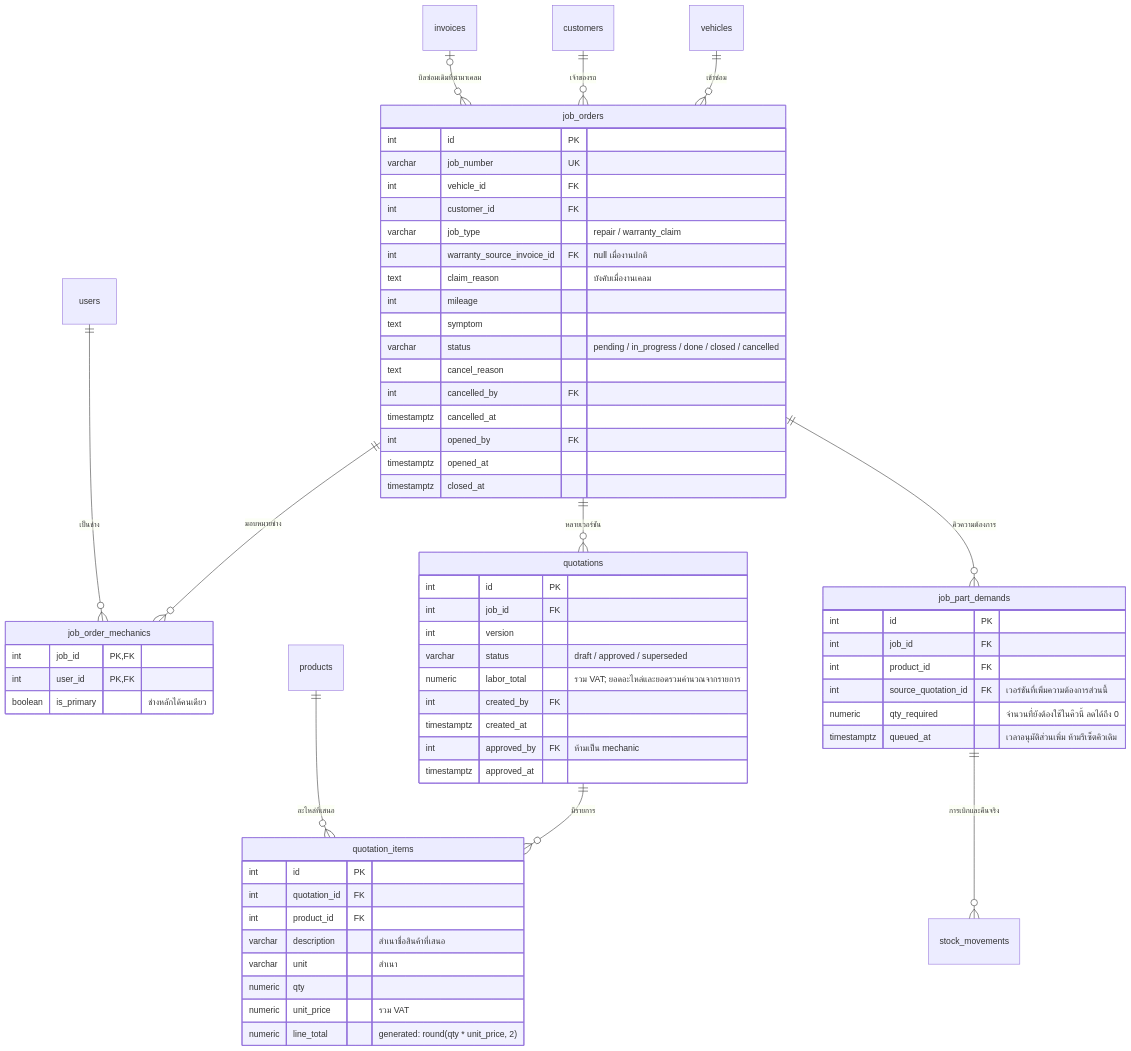
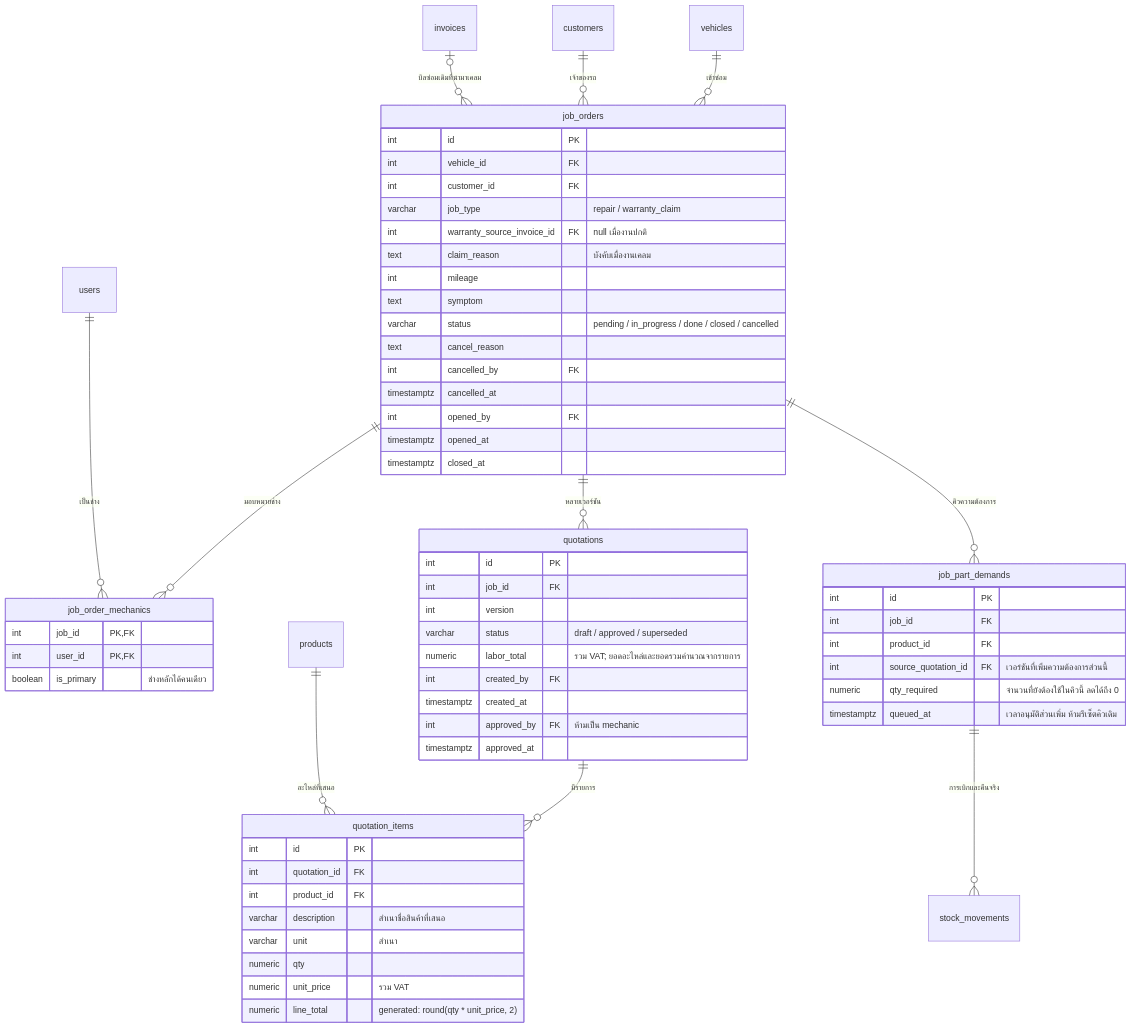
One commit to kaewjamsai0193/Garage_Final_Project changed the sixth of 9 diagrams in data_model.md. Above: the diagram before and after it, drawn with Mermaid. The commit also changed other lines of this file and 4 other files, not shown here.

````diff
--- a/data_model.md
+++ b/data_model.md
@@ -237,70 +235,69 @@
 ```mermaid
 erDiagram
     vehicles ||--o{ job_orders : "เข้าซ่อม"
     customers ||--o{ job_orders : "เจ้าของรถ"
     job_orders ||--o{ job_order_mechanics : "มอบหมายช่าง"
     job_orders ||--o{ quotations : "หลายเวอร์ชัน"
     quotations ||--o{ quotation_items : "มีรายการ"
     job_orders ||--o{ job_part_demands : "คิวความต้องการ"
     job_part_demands ||--o{ stock_movements : "การเบิกและคืนจริง"
     invoices |o--o{ job_orders : "บิลซ่อมเดิมที่นำมาเคลม"
     users ||--o{ job_order_mechanics : "เป็นช่าง"
     products ||--o{ quotation_items : "อะไหล่ที่เสนอ"
 
     job_orders {
         int id PK
-        varchar job_number UK
         int vehicle_id FK
         int customer_id FK
         varchar job_type "repair / warranty_claim"
         int warranty_source_invoice_id FK "null เมื่องานปกติ"
         text claim_reason "บังคับเมื่องานเคลม"
         int mileage
         text symptom
         varchar status "pending / in_progress / done / closed / cancelled"
         text cancel_reason
         int cancelled_by FK
         timestamptz cancelled_at
         int opened_by FK
         timestamptz opened_at
         timestamptz closed_at
     }
 
     job_order_mechanics {
         int job_id PK,FK
         int user_id PK,FK
         boolean is_primary "ช่างหลักได้คนเดียว"
     }
 
     quotations {
         int id PK
         int job_id FK
         int version
         varchar status "draft / approved / superseded"
         numeric labor_total "รวม VAT; ยอดอะไหล่และยอดรวมคำนวณจากรายการ"
         int created_by FK
         timestamptz created_at
         int approved_by FK "ห้ามเป็น mechanic"
         timestamptz approved_at
     }
 
     quotation_items {
         int id PK
         int quotation_id FK
         int product_id FK
         varchar description "สำเนาชื่อสินค้าที่เสนอ"
         varchar unit "สำเนา"
         numeric qty
         numeric unit_price "รวม VAT"
         numeric line_total "generated: round(qty * unit_price, 2)"
     }
 
     job_part_demands {
         int id PK
         int job_id FK
         int product_id FK
         int source_quotation_id FK "เวอร์ชันที่เพิ่มความต้องการส่วนนี้"
         numeric qty_required "จำนวนที่ยังต้องใช้ในคิวนี้ ลดได้ถึง 0"
         timestamptz queued_at "เวลาอนุมัติส่วนเพิ่ม ห้ามรีเซ็ตคิวเดิม"
     }
 ```
````
